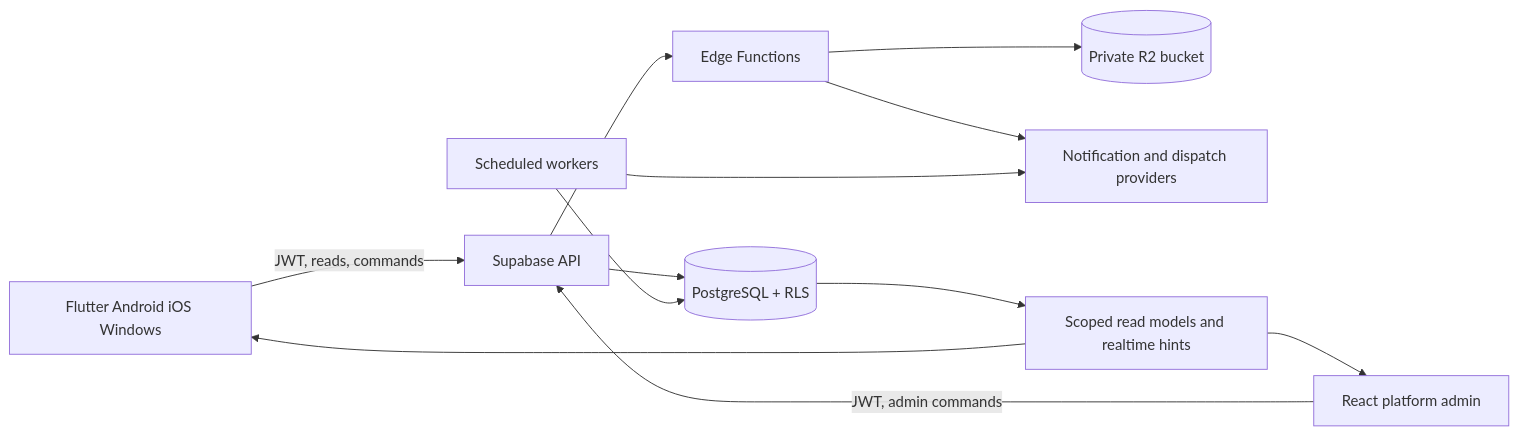
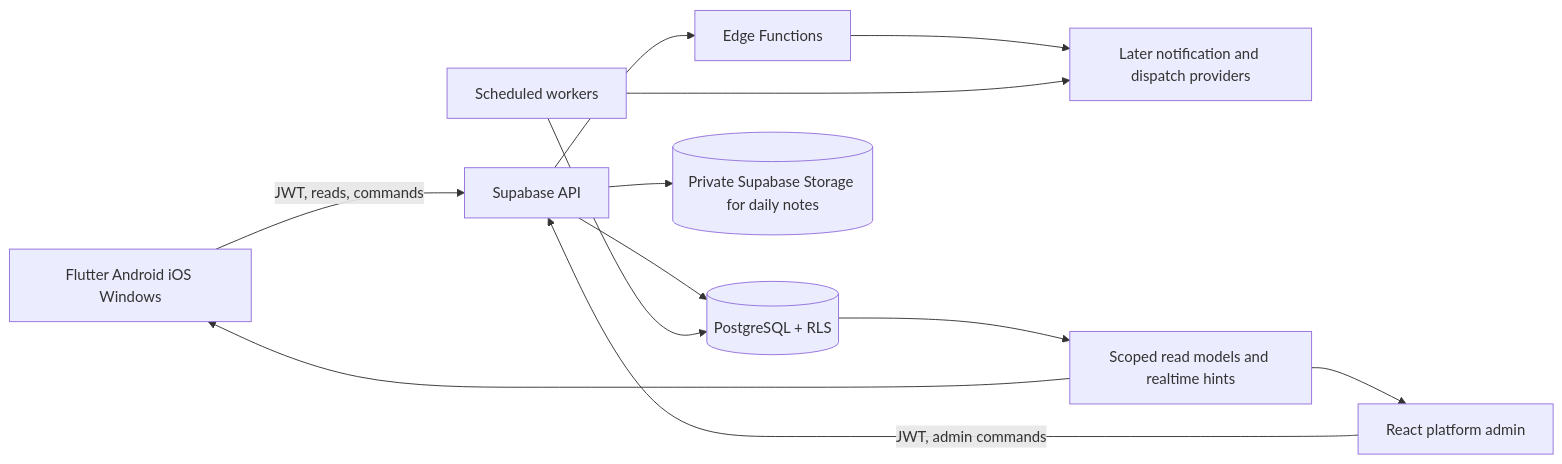
One commit to ahmed-shorbagy/eldaftar-erp changed the diagram in docs/architecture.md. Above: the diagram before and after it, drawn with Mermaid. The commit also changed other lines of this file and 178 other files, not shown here.

Commit message:
feat(auth): implement password recovery flow with email reset and UI enhancements

```diff
--- a/docs/architecture.md
+++ b/docs/architecture.md
@@ -11,14 +11,14 @@
 ~~~mermaid
 flowchart LR
   F[Flutter Android iOS Windows] -->|JWT, reads, commands| S[Supabase API]
   A[React platform admin] -->|JWT, admin commands| S
   S --> P[(PostgreSQL + RLS)]
   S --> E[Edge Functions]
-  E --> R[(Private R2 bucket)]
-  E --> N[Notification and dispatch providers]
+  S --> R[(Private Supabase Storage for daily notes)]
+  E --> N[Later notification and dispatch providers]
   W[Scheduled workers] --> P
   W --> N
   P --> Q[Scoped read models and realtime hints]
   Q --> F
   Q --> A
 ~~~
```
